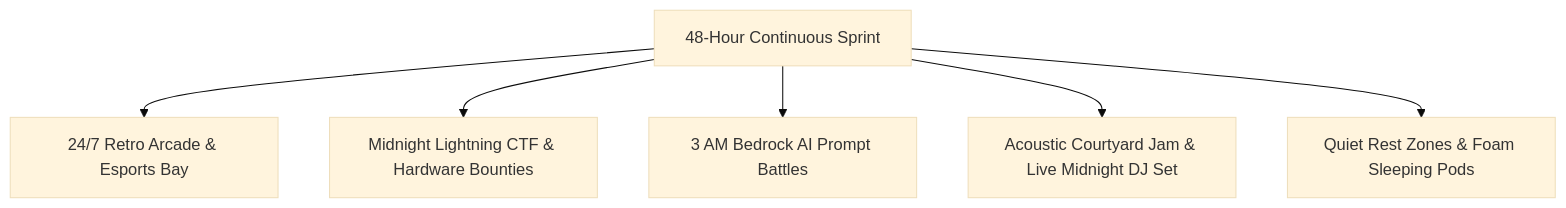
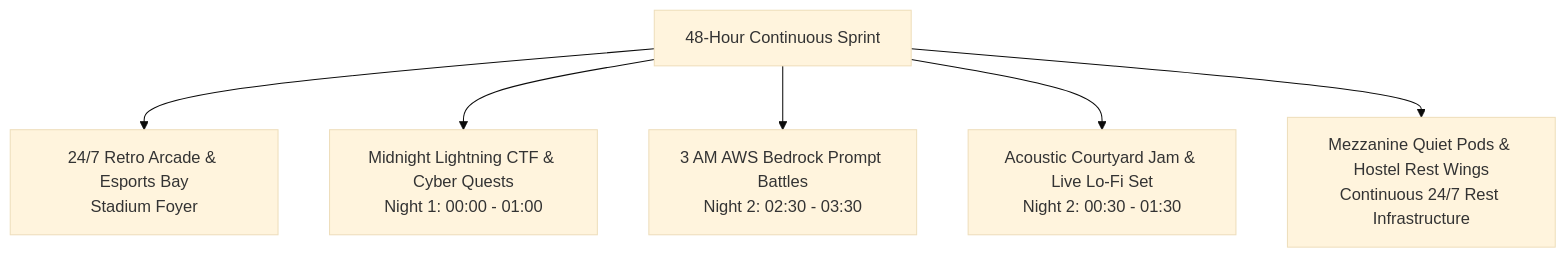
One commit to MasterZ1311/Kairos changed the diagram in docs/10_side_events_and_engagement_playbook.md. Above: the diagram before and after it, drawn with Mermaid (base theme). The commit also changed other lines of this file and 100 other files, not shown here.

````diff
--- a/docs/10_side_events_and_engagement_playbook.md
+++ b/docs/10_side_events_and_engagement_playbook.md
@@ -14,8 +18,8 @@
 ```mermaid
 graph TD
-    A[48-Hour Continuous Sprint] --> E1[24/7 Retro Arcade & Esports Bay]
-    A --> E2[Midnight Lightning CTF & Hardware Bounties]
-    A --> E3[3 AM Bedrock AI Prompt Battles]
-    A --> E4[Acoustic Courtyard Jam & Live Midnight DJ Set]
-    A --> E5[Quiet Rest Zones & Foam Sleeping Pods]
+    A[48-Hour Continuous Sprint] --> E1[24/7 Retro Arcade & Esports Bay<br/>Stadium Foyer]
+    A --> E2[Midnight Lightning CTF & Cyber Quests<br/>Night 1: 00:00 - 01:00]
+    A --> E3[3 AM AWS Bedrock Prompt Battles<br/>Night 2: 02:30 - 03:30]
+    A --> E4[Acoustic Courtyard Jam & Live Lo-Fi Set<br/>Night 2: 00:30 - 01:30]
+    A --> E5[Mezzanine Quiet Pods & Hostel Rest Wings<br/>Continuous 24/7 Rest Infrastructure]
 ```
````
